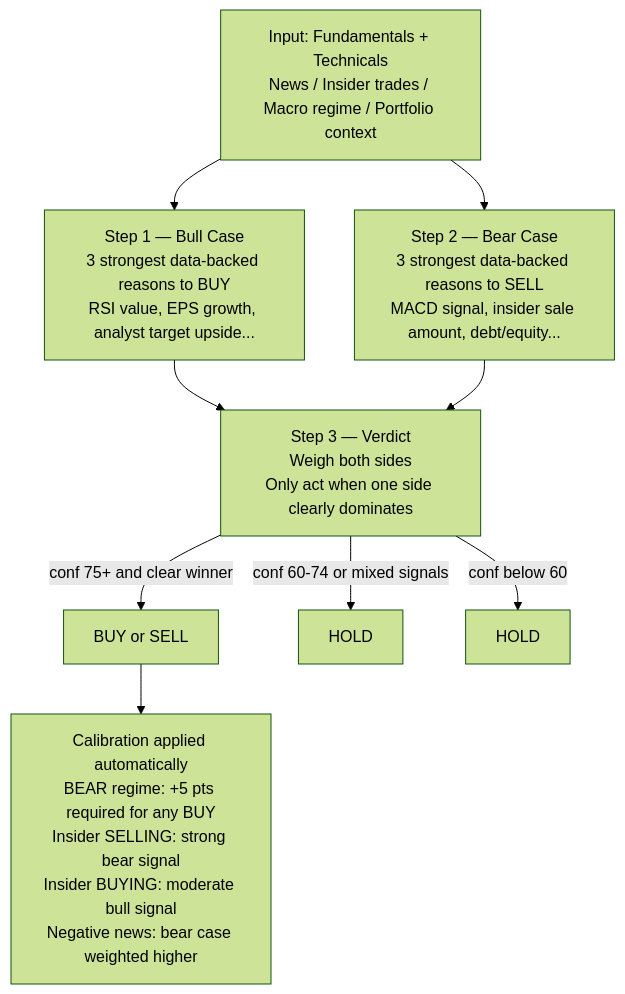
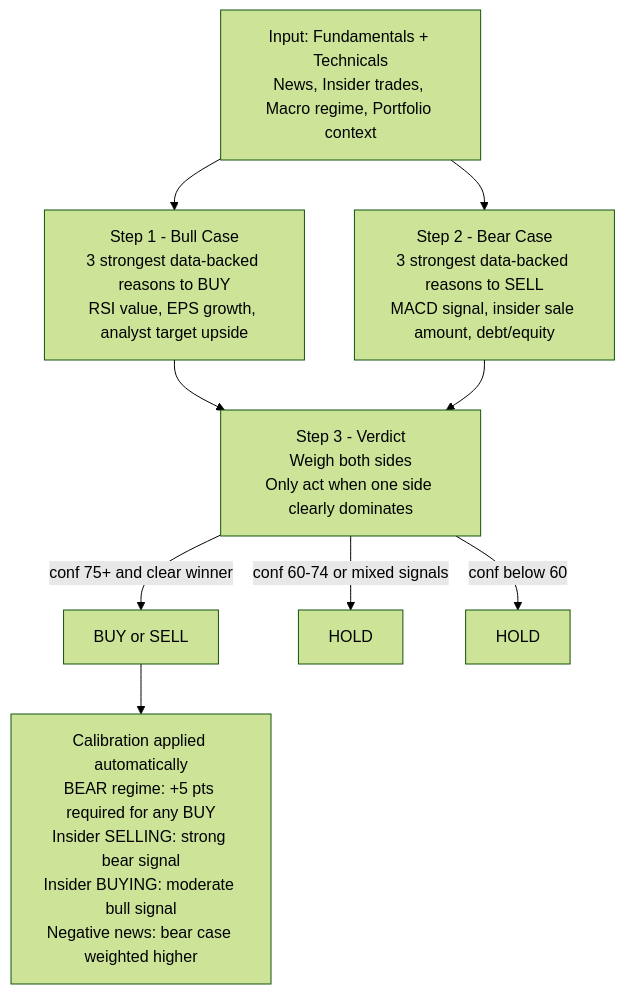
One commit to vanrajbohra-ds/trading-bot changed the fifth of 6 diagrams in README.md. Above: the diagram before and after it, drawn with Mermaid (forest theme). The commit also changed other lines of this file, not shown here.

First line of the commit message:
Fix all Mermaid diagrams — remove chars that break GitHub renderer

````diff
--- a/README.md
+++ b/README.md
@@ -110,16 +110,16 @@
 ```mermaid
 flowchart TD
-    DATA["Input: Fundamentals + Technicals\nNews / Insider trades / Macro regime / Portfolio context"]
+    DATA["Input: Fundamentals + Technicals\nNews, Insider trades, Macro regime, Portfolio context"]
 
-    DATA --> S1["Step 1 — Bull Case\n3 strongest data-backed reasons to BUY\nRSI value, EPS growth, analyst target upside..."]
-    DATA --> S2["Step 2 — Bear Case\n3 strongest data-backed reasons to SELL\nMACD signal, insider sale amount, debt/equity..."]
+    DATA --> S1["Step 1 - Bull Case\n3 strongest data-backed reasons to BUY\nRSI value, EPS growth, analyst target upside"]
+    DATA --> S2["Step 2 - Bear Case\n3 strongest data-backed reasons to SELL\nMACD signal, insider sale amount, debt/equity"]
 
-    S1 --> S3["Step 3 — Verdict\nWeigh both sides\nOnly act when one side clearly dominates"]
+    S1 --> S3["Step 3 - Verdict\nWeigh both sides\nOnly act when one side clearly dominates"]
     S2 --> S3
 
-    S3 -->|"conf 75+ and clear winner"| ACT["BUY or SELL"]
-    S3 -->|"conf 60-74 or mixed signals"| HOLD2["HOLD"]
-    S3 -->|"conf below 60"| HOLD3["HOLD"]
+    S3 -->|conf 75+ and clear winner| ACT["BUY or SELL"]
+    S3 -->|conf 60-74 or mixed signals| HOLD2["HOLD"]
+    S3 -->|conf below 60| HOLD3["HOLD"]
 
     ACT --> RULES["Calibration applied automatically\nBEAR regime: +5 pts required for any BUY\nInsider SELLING: strong bear signal\nInsider BUYING: moderate bull signal\nNegative news: bear case weighted higher"]
 ```
````
